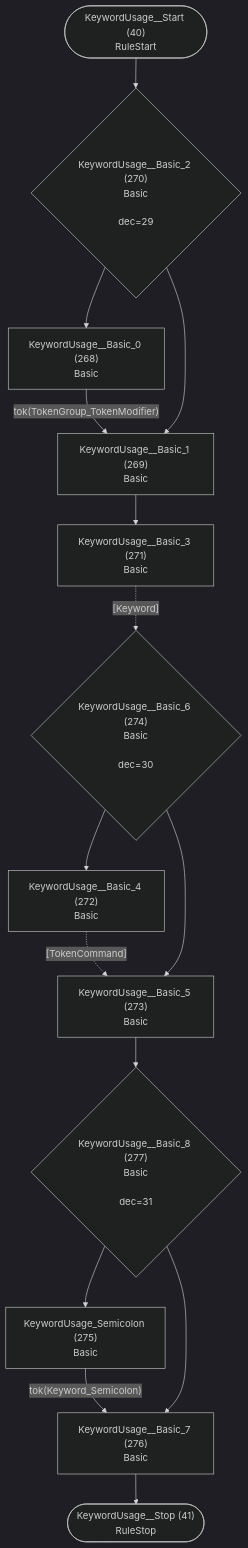
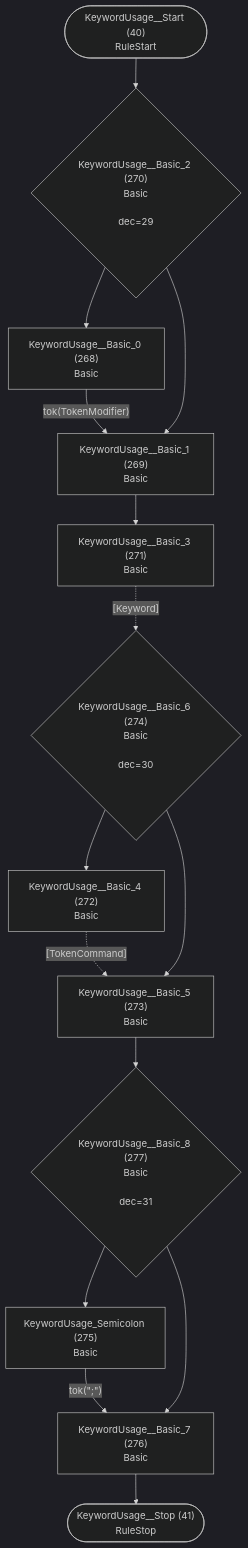
One commit to TypeFox/fastbelt changed diagram 21 of 37 in internal/grammar/atn.md. Above: the diagram before and after it, drawn with Mermaid (dark theme). The commit also changed other lines of this file and 3 other files, not shown here.

````diff
--- a/internal/grammar/atn.md
+++ b/internal/grammar/atn.md
@@ -634,30 +634,30 @@
 ```mermaid
 flowchart TD
     q40(["KeywordUsage__Start (40)<br/>RuleStart"])
     q41(["KeywordUsage__Stop (41)<br/>RuleStop"])
     q268["KeywordUsage__Basic_0 (268)<br/>Basic<br/>"]
     q269["KeywordUsage__Basic_1 (269)<br/>Basic<br/>"]
     q270{"KeywordUsage__Basic_2 (270)<br/>Basic<br/><br/>dec=29"}
     q271["KeywordUsage__Basic_3 (271)<br/>Basic<br/>"]
     q272["KeywordUsage__Basic_4 (272)<br/>Basic<br/>"]
     q273["KeywordUsage__Basic_5 (273)<br/>Basic<br/>"]
     q274{"KeywordUsage__Basic_6 (274)<br/>Basic<br/><br/>dec=30"}
     q275["KeywordUsage_Semicolon (275)<br/>Basic<br/>"]
     q276["KeywordUsage__Basic_7 (276)<br/>Basic<br/>"]
     q277{"KeywordUsage__Basic_8 (277)<br/>Basic<br/><br/>dec=31"}
 
     q40 --> q270
-    q268 -->|"tok(TokenGroup_TokenModifier)"| q269
+    q268 -->|"tok(TokenModifier)"| q269
     q269 --> q271
     q270 --> q268
     q270 --> q269
     q271 -.->|"[Keyword]"| q274
     q272 -.->|"[TokenCommand]"| q273
     q273 --> q277
     q274 --> q272
     q274 --> q273
-    q275 -->|"tok(Keyword_Semicolon)"| q276
+    q275 -->|"tok(&quot;;&quot;)"| q276
     q276 --> q41
     q277 --> q275
     q277 --> q276
 ```
````
